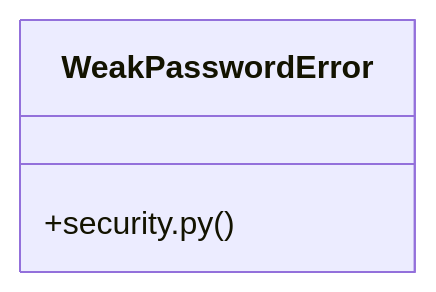
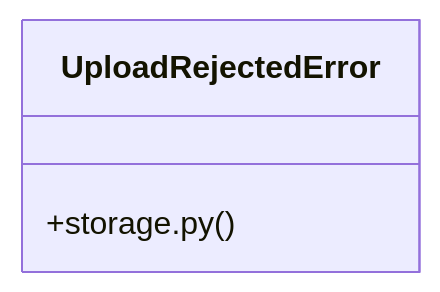
The diagram in graphify-out/wiki/[make_admin()_&_hash_password()]_Cluster.md (adjanayo/synca_conf_back), drawn with Mermaid before and after one commit. The commit also changed other lines of this file and 37 other files, not shown here.

Commit message:
chore: update graphify knowledge graph

````diff
--- a/graphify-out/wiki/[make_admin()_&_hash_password()]_Cluster.md
+++ b/graphify-out/wiki/[make_admin()_&_hash_password()]_Cluster.md
@@ -30,6 +27,6 @@
 ```mermaid
 classDiagram
-    class WeakPasswordError {
-        +security.py()
+    class UploadRejectedError {
+        +storage.py()
     }
 ```
````
